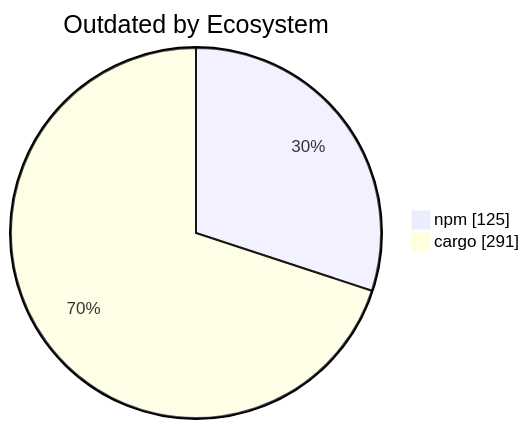
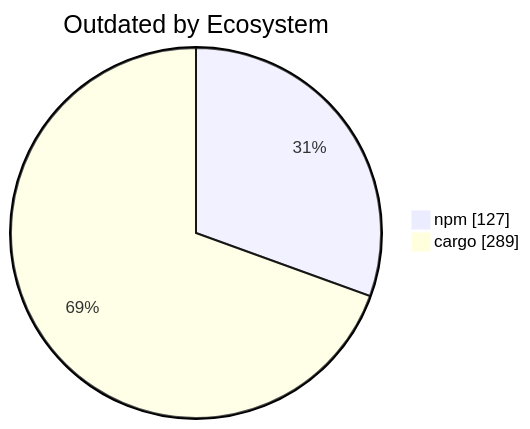
Before and after one commit to KBVE/kbve: the diagram in apps/kbve/astro-kbve/src/content/docs/dashboard/deps.mdx, drawn with Mermaid. The commit also changed other lines of this file and 1 other file, not shown here.

````diff
--- a/apps/kbve/astro-kbve/src/content/docs/dashboard/deps.mdx
+++ b/apps/kbve/astro-kbve/src/content/docs/dashboard/deps.mdx
@@ -109,6 +109,6 @@
 ```mermaid
 pie showData
     title Outdated by Ecosystem
-    "npm" : 125
-    "cargo" : 291
+    "npm" : 127
+    "cargo" : 289
 ```
````
